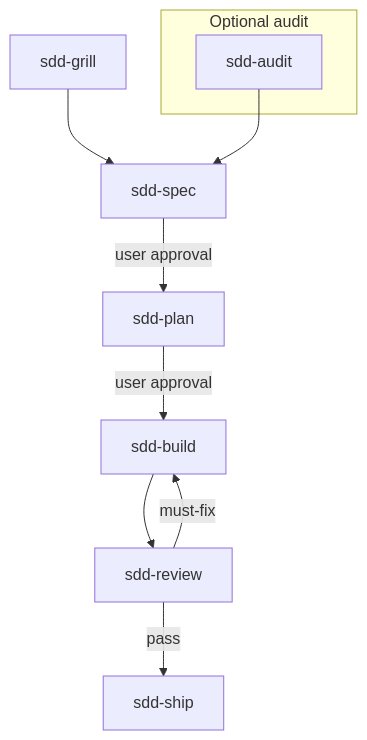
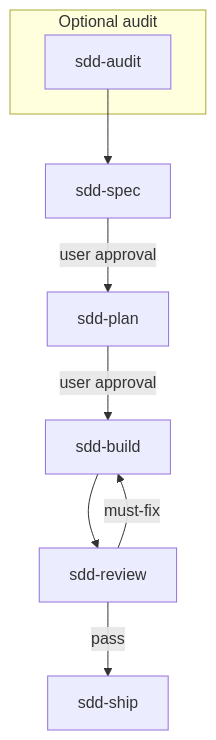
The diagram in README.md (zhijunio/sdd-skills), drawn with Mermaid before and after one commit. The commit also changed other lines of this file and 16 other files, not shown here.

````diff
--- a/README.md
+++ b/README.md
@@ -87,16 +79,14 @@
 ```mermaid
 flowchart TD
-  G[sdd-grill]
   subgraph audit["Optional audit"]
     A[sdd-audit]
   end
 
   S[sdd-spec] -->|user approval| P[sdd-plan]
   P -->|user approval| B[sdd-build]
   B --> R[sdd-review]
   R -->|must-fix| B
   R -->|pass| V[sdd-ship]
 
-  G --> S
   A --> S
 ```
````
